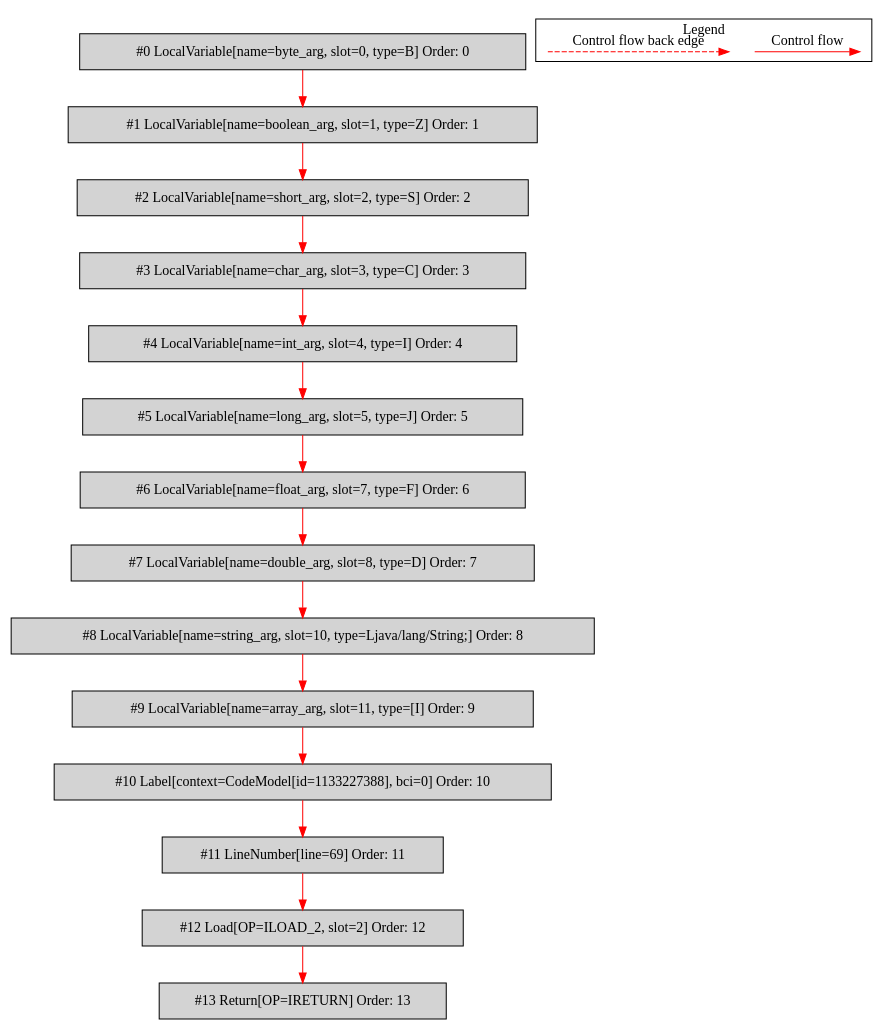
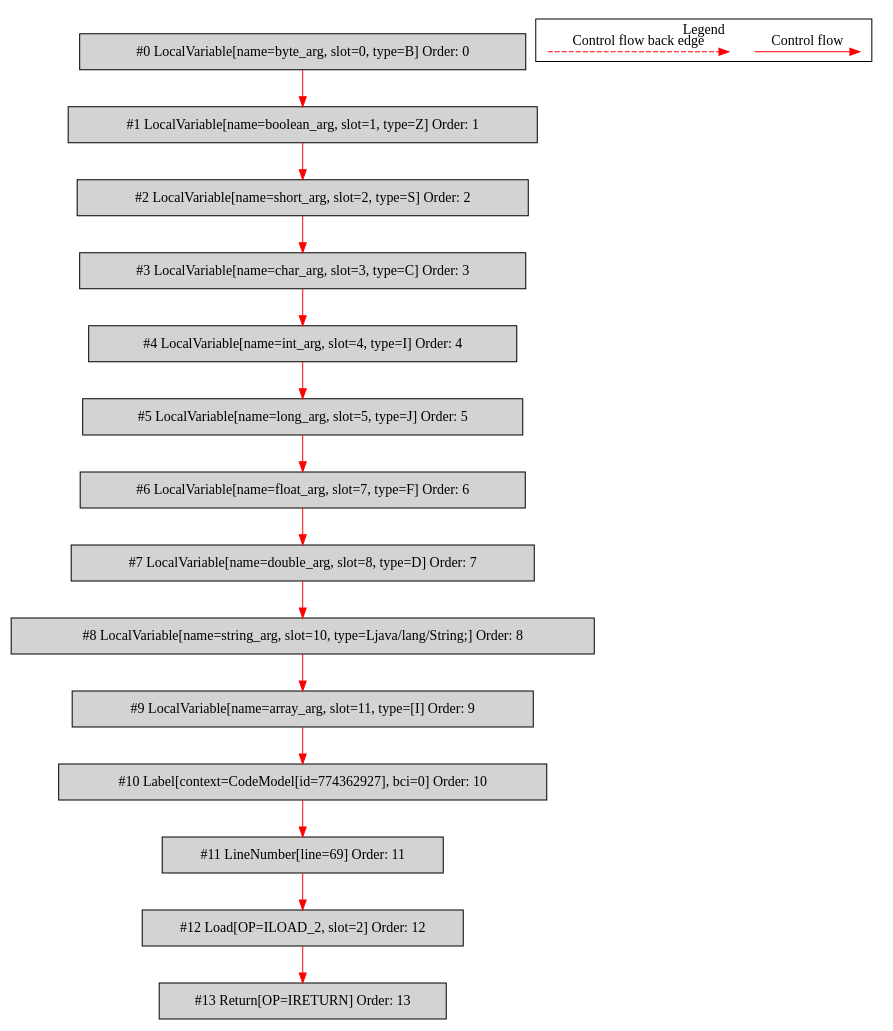
One commit to mirkosertic/MetaIR changed the diagram in de.mirkosertic.metair.ir.examples.MethodInvokeTest/simple_method_return_short/bytecodecfg.dot. Above: the diagram before and after it, drawn with Graphviz. The commit also changed 476 other files, not shown here.

```diff
--- a/de.mirkosertic.metair.ir.examples.MethodInvokeTest/simple_method_return_short/bytecodecfg.dot
+++ b/de.mirkosertic.metair.ir.examples.MethodInvokeTest/simple_method_return_short/bytecodecfg.dot
@@ -1,44 +1,44 @@
 digraph {
  ordering="in";
  node0[label="#0 LocalVariable[name=byte_arg, slot=0, type=B] Order: 0", shape=box, fillcolor=lightgrey, style=filled];
  node1[label="#1 LocalVariable[name=boolean_arg, slot=1, type=Z] Order: 1", shape=box, fillcolor=lightgrey, style=filled];
  node2[label="#2 LocalVariable[name=short_arg, slot=2, type=S] Order: 2", shape=box, fillcolor=lightgrey, style=filled];
  node3[label="#3 LocalVariable[name=char_arg, slot=3, type=C] Order: 3", shape=box, fillcolor=lightgrey, style=filled];
  node4[label="#4 LocalVariable[name=int_arg, slot=4, type=I] Order: 4", shape=box, fillcolor=lightgrey, style=filled];
  node5[label="#5 LocalVariable[name=long_arg, slot=5, type=J] Order: 5", shape=box, fillcolor=lightgrey, style=filled];
  node6[label="#6 LocalVariable[name=float_arg, slot=7, type=F] Order: 6", shape=box, fillcolor=lightgrey, style=filled];
  node7[label="#7 LocalVariable[name=double_arg, slot=8, type=D] Order: 7", shape=box, fillcolor=lightgrey, style=filled];
  node8[label="#8 LocalVariable[name=string_arg, slot=10, type=Ljava/lang/String;] Order: 8", shape=box, fillcolor=lightgrey, style=filled];
  node9[label="#9 LocalVariable[name=array_arg, slot=11, type=[I] Order: 9", shape=box, fillcolor=lightgrey, style=filled];
- node10[label="#10 Label[context=CodeModel[id=1133227388], bci=0] Order: 10", shape=box, fillcolor=lightgrey, style=filled];
+ node10[label="#10 Label[context=CodeModel[id=774362927], bci=0] Order: 10", shape=box, fillcolor=lightgrey, style=filled];
  node11[label="#11 LineNumber[line=69] Order: 11", shape=box, fillcolor=lightgrey, style=filled];
  node12[label="#12 Load[OP=ILOAD_2, slot=2] Order: 12", shape=box, fillcolor=lightgrey, style=filled];
  node13[label="#13 Return[OP=IRETURN] Order: 13", shape=box, fillcolor=lightgrey, style=filled];
  node0 -> node1[color=red];
  node1 -> node2[color=red];
  node2 -> node3[color=red];
  node3 -> node4[color=red];
  node4 -> node5[color=red];
  node5 -> node6[color=red];
  node6 -> node7[color=red];
  node7 -> node8[color=red];
  node8 -> node9[color=red];
  node9 -> node10[color=red];
  node10 -> node11[color=red];
  node11 -> node12[color=red];
  node12 -> node13[color=red];
  subgraph cluster_000 {
   label = "Legend";
   node [shape=point]
   {
    rank=same;
    c0 [style = invis];
    c1 [style = invis];
    c2 [style = invis];
    c3 [style = invis];
   }
   c0 -> c1 [label="Control flow", style=solid, color=red]
   c2 -> c3 [label="Control flow back edge", style=dashed, color=red]
  }
 
 }
```
